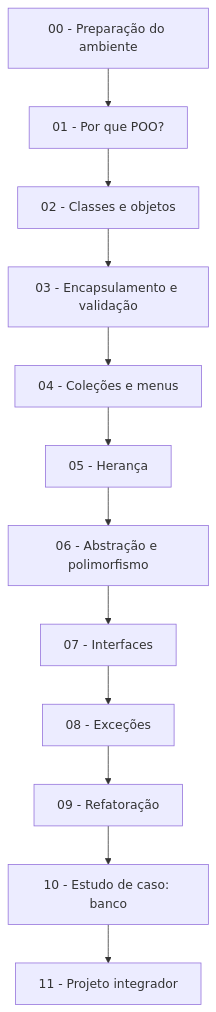
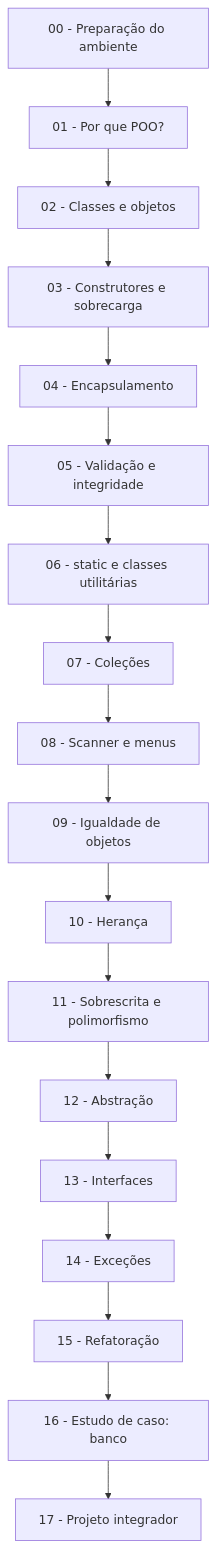
One commit to Mateus-Redivo/Cod-POO changed the diagram in README.md. Above: the diagram before and after it, drawn with Mermaid. The commit also changed other lines of this file and 58 other files, not shown here.

````diff
--- a/README.md
+++ b/README.md
@@ -15,14 +15,20 @@
 ```mermaid
 flowchart TD
     M0["00 - Preparação do ambiente"] --> M1["01 - Por que POO?"]
     M1 --> M2["02 - Classes e objetos"]
-    M2 --> M3["03 - Encapsulamento e validação"]
-    M3 --> M4["04 - Coleções e menus"]
-    M4 --> M5["05 - Herança"]
-    M5 --> M6["06 - Abstração e polimorfismo"]
-    M6 --> M7["07 - Interfaces"]
-    M7 --> M8["08 - Exceções"]
-    M8 --> M9["09 - Refatoração"]
-    M9 --> M10["10 - Estudo de caso: banco"]
-    M10 --> M11["11 - Projeto integrador"]
+    M2 --> M3["03 - Construtores e sobrecarga"]
+    M3 --> M4["04 - Encapsulamento"]
+    M4 --> M5["05 - Validação e integridade"]
+    M5 --> M6["06 - static e classes utilitárias"]
+    M6 --> M7["07 - Coleções"]
+    M7 --> M8["08 - Scanner e menus"]
+    M8 --> M9["09 - Igualdade de objetos"]
+    M9 --> M10["10 - Herança"]
+    M10 --> M11["11 - Sobrescrita e polimorfismo"]
+    M11 --> M12["12 - Abstração"]
+    M12 --> M13["13 - Interfaces"]
+    M13 --> M14["14 - Exceções"]
+    M14 --> M15["15 - Refatoração"]
+    M15 --> M16["16 - Estudo de caso: banco"]
+    M16 --> M17["17 - Projeto integrador"]
 ```
````
